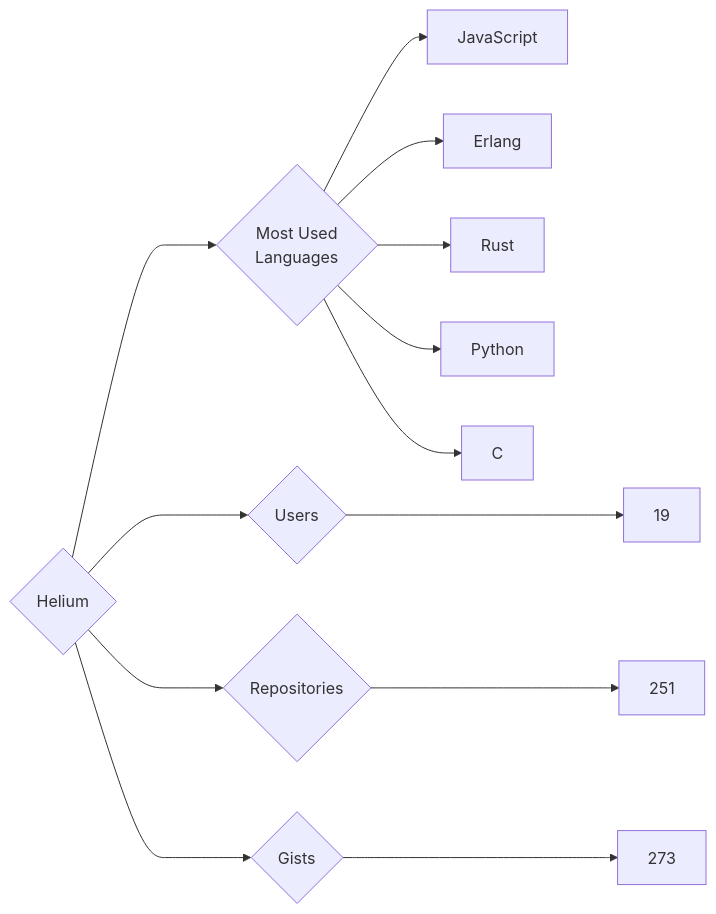
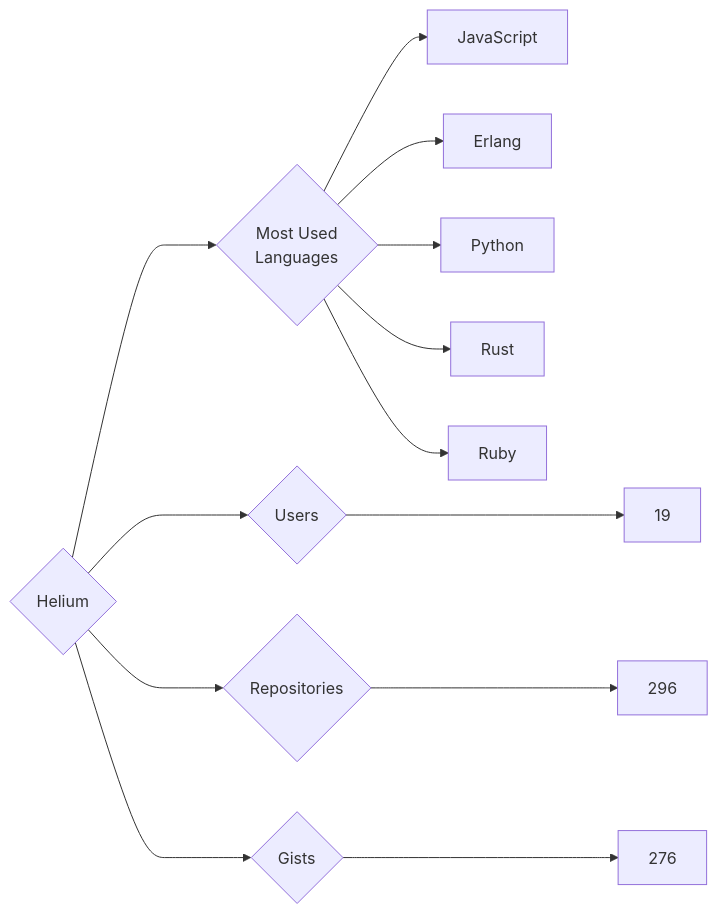
One commit to trickest/insiders changed the diagram in targets/Helium/README.md. Above: the diagram before and after it, drawn with Mermaid. The commit also changed 1030 other files, not shown here.

````diff
--- a/targets/Helium/README.md
+++ b/targets/Helium/README.md
@@ -3,13 +3,13 @@
 ```mermaid
 graph LR
 COMPANY_NAME{Helium}
 COMPANY_NAME ---> U{Users} ---> UN[19]
-COMPANY_NAME ---> R{Repositories} ---> RN[251]
-COMPANY_NAME ---> G{Gists} ---> GN[273]
+COMPANY_NAME ---> R{Repositories} ---> RN[296]
+COMPANY_NAME ---> G{Gists} ---> GN[276]
 COMPANY_NAME ---> ML{Most Used<br>Languages}
 ML --> JavaScript[JavaScript]
 ML --> Erlang[Erlang]
+ML --> Python[Python]
 ML --> Rust[Rust]
-ML --> Python[Python]
-ML --> C[C]
+ML --> Ruby[Ruby]
 ```
````
